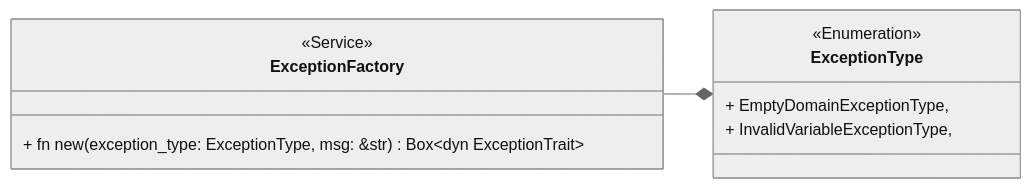
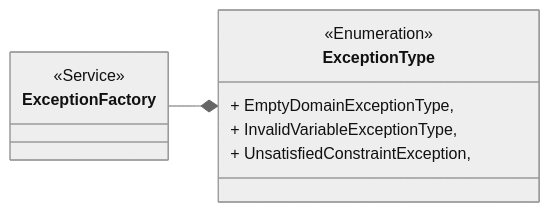
The first of 2 diagrams in src/exception/readme.md (luhanzhen/RuCos), drawn with Mermaid (neutral theme) before and after one commit. The commit also changed 67 other files, not shown here.

````diff
--- a/src/exception/readme.md
+++ b/src/exception/readme.md
@@ -4,18 +4,17 @@
 ```mermaid
 classDiagram
 direction LR
 
     class ExceptionFactory {
         <<Service>>
-        
-        + fn new(exception_type: ExceptionType, msg: &str)  Box~dyn ExceptionTrait~
-    }
+        }
 
     class  ExceptionType {
         <<Enumeration>>
         + EmptyDomainExceptionType,
         + InvalidVariableExceptionType,
+        + UnsatisfiedConstraintException,
     }
 
     ExceptionFactory --* ExceptionType
 ```
````
